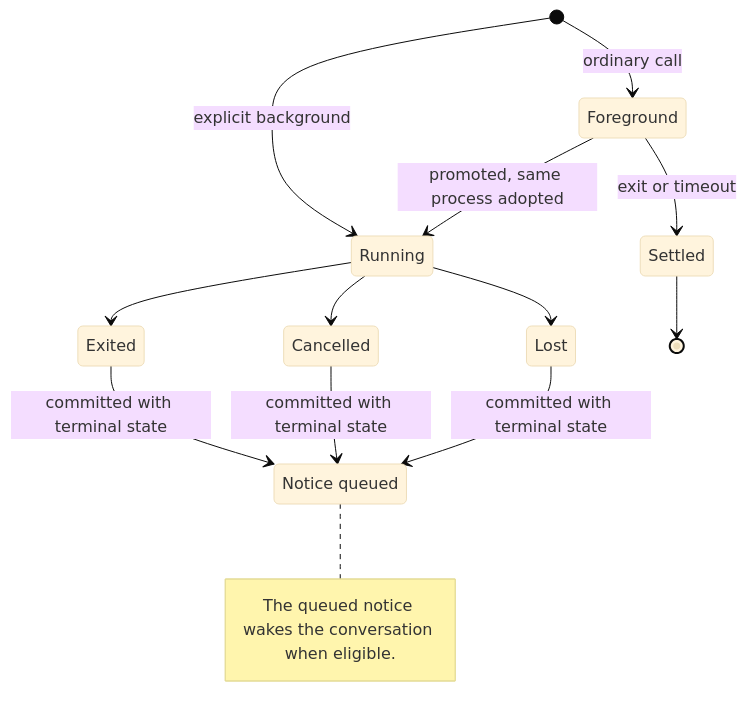
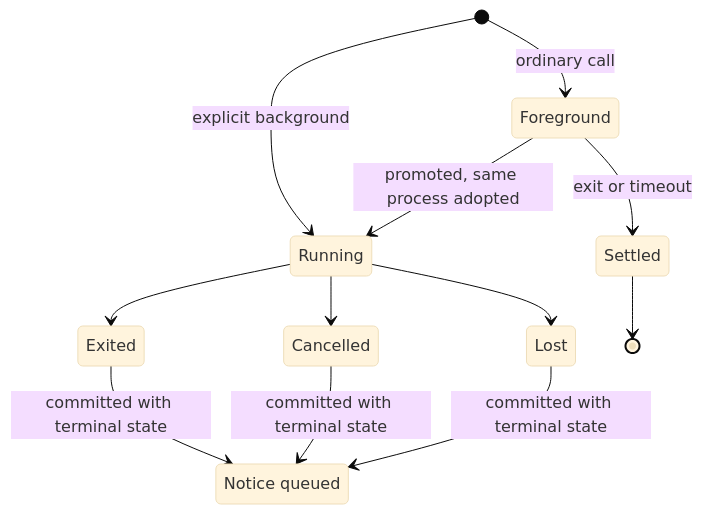
Before and after one commit to ThilinaTLM/nerve: the second of 2 diagrams in docs/architecture/conversation-core/async-bash-and-launches.md, drawn with Mermaid (base theme). The commit also changed other lines of this file and 28 other files, not shown here.

First line of the commit message:
docs: tighten architecture docs and remove implemented fork proposal

````diff
--- a/docs/architecture/conversation-core/async-bash-and-launches.md
+++ b/docs/architecture/conversation-core/async-bash-and-launches.md
@@ -55,18 +55,15 @@
 ```mermaid
 stateDiagram-v2
   state "Notice queued" as NoticeQueued
   [*] --> Foreground: ordinary call
   [*] --> Running: explicit background
   Foreground --> Settled: exit or timeout
   Foreground --> Running: promoted, same process adopted
   Running --> Exited
   Running --> Cancelled
   Running --> Lost
   Exited --> NoticeQueued: committed with terminal state
   Cancelled --> NoticeQueued: committed with terminal state
   Lost --> NoticeQueued: committed with terminal state
   Settled --> [*]
-  note right of NoticeQueued
-    The queued notice wakes the conversation when eligible.
-  end note
 ```
````
